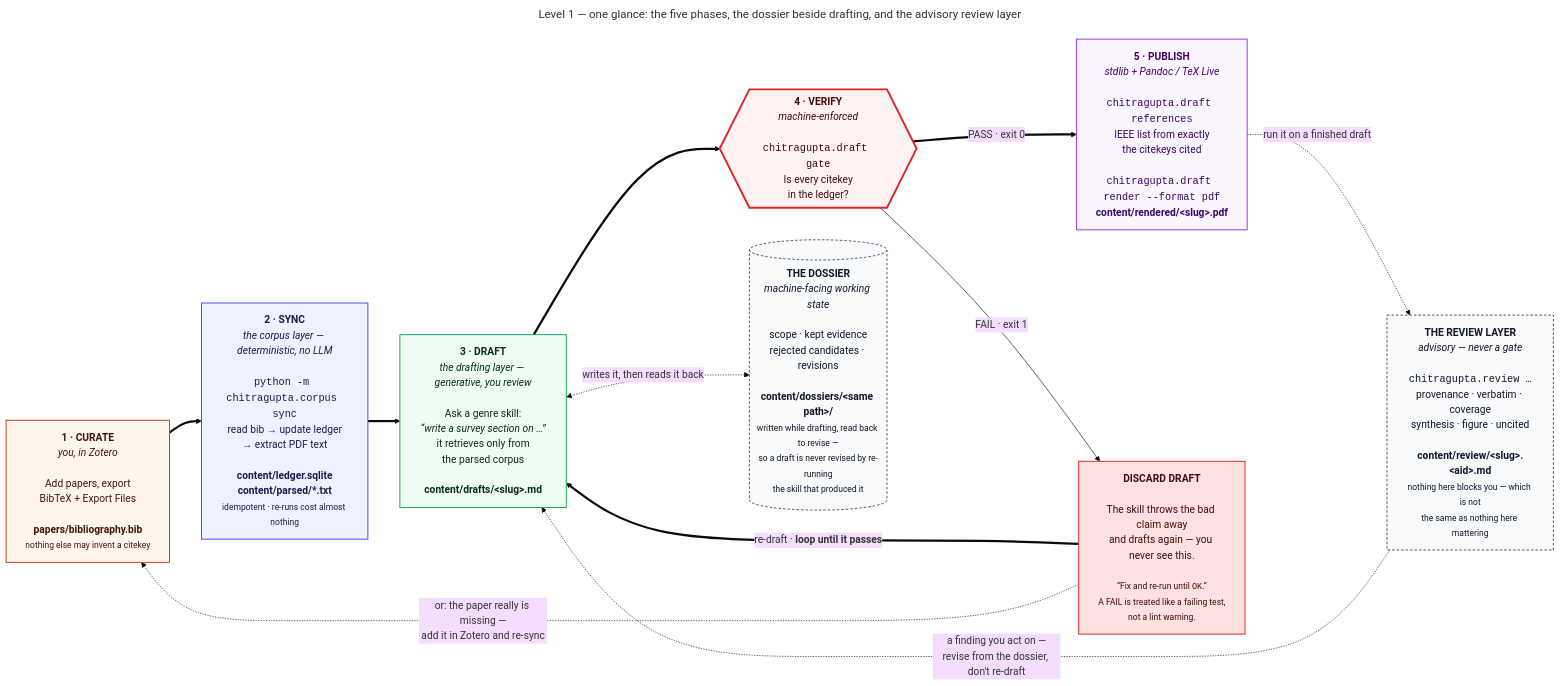
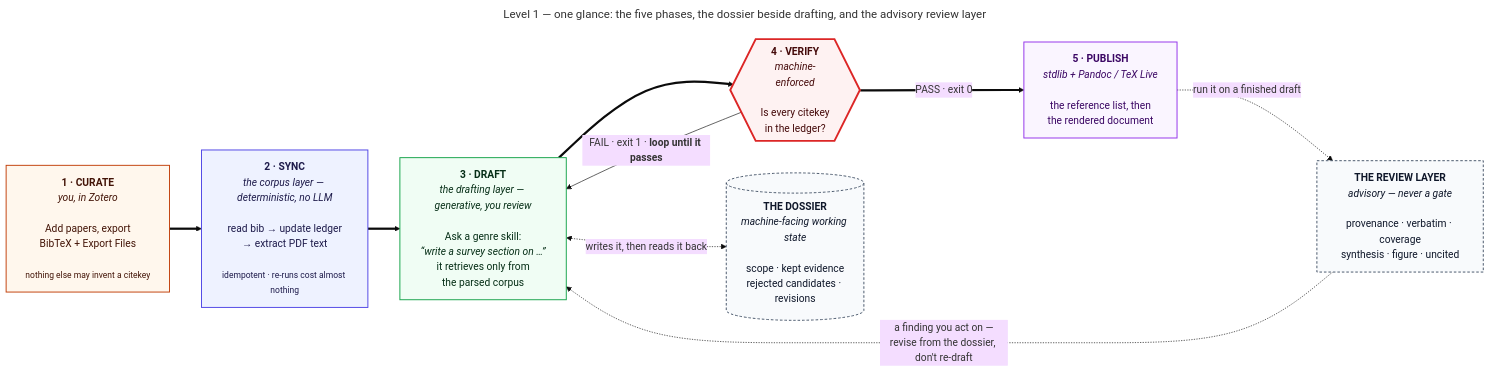
Before and after one commit to prasadtalasila/chitragupta: the diagram in docs/diagrams/v1-overview.mmd, drawn with Mermaid (base theme). The commit also changed 2 other files, not shown here.

```diff
--- a/docs/diagrams/v1-overview.mmd
+++ b/docs/diagrams/v1-overview.mmd
@@ -1,47 +1,41 @@
 ---
 title: "Level 1 — one glance: the five phases, the dossier beside drafting, and the advisory review layer"
 ---
 flowchart LR
 
-  P0["<b>1 · CURATE</b><br/><i>you, in Zotero</i><br/><br/>Add papers, export<br/>BibTeX + Export Files<br/><br/><b>papers/bibliography.bib</b><br/><small>nothing else may invent a citekey</small>"]
+  P0["<b>1 · CURATE</b><br/><i>you, in Zotero</i><br/><br/>Add papers, export<br/>BibTeX + Export Files<br/><br/><small>nothing else may invent a citekey</small>"]
 
-  P1["<b>2 · SYNC</b><br/><i>the corpus layer — deterministic, no LLM</i><br/><br/><code>python -m chitragupta.corpus sync</code><br/>read bib → update ledger<br/>→ extract PDF text<br/><br/><b>content/ledger.sqlite</b><br/><b>content/parsed/*.txt</b><br/><small>idempotent · re-runs cost almost nothing</small>"]
+  P1["<b>2 · SYNC</b><br/><i>the corpus layer — deterministic, no LLM</i><br/><br/>read bib → update ledger<br/>→ extract PDF text<br/><br/><small>idempotent · re-runs cost almost nothing</small>"]
 
-  P2["<b>3 · DRAFT</b><br/><i>the drafting layer — generative, you review</i><br/><br/>Ask a genre skill:<br/><i>“write a survey section on …”</i><br/>it retrieves only from<br/>the parsed corpus<br/><br/><b>content/drafts/&lt;slug&gt;.md</b>"]
+  P2["<b>3 · DRAFT</b><br/><i>the drafting layer — generative, you review</i><br/><br/>Ask a genre skill:<br/><i>“write a survey section on …”</i><br/>it retrieves only from<br/>the parsed corpus"]
 
-  P3{{"<b>4 · VERIFY</b><br/><i>machine-enforced</i><br/><br/><code>chitragupta.draft gate</code><br/>Is every citekey<br/>in the ledger?"}}
+  P3{{"<b>4 · VERIFY</b><br/><i>machine-<br/>enforced</i><br/><br/>Is every citekey<br/>in the ledger?"}}
 
-  P4["<b>5 · PUBLISH</b><br/><i>stdlib + Pandoc / TeX Live</i><br/><br/><code>chitragupta.draft references</code><br/>IEEE list from exactly<br/>the citekeys cited<br/><br/><code>chitragupta.draft render --format pdf</code><br/><b>content/rendered/&lt;slug&gt;.pdf</b>"]
+  P4["<b>5 · PUBLISH</b><br/><i>stdlib + Pandoc / TeX Live</i><br/><br/>the reference list, then<br/>the rendered document"]
 
-  FIX["<b>DISCARD DRAFT</b><br/><br/>The skill throws the bad claim away<br/>and drafts again — you never see this.<br/><br/><small>“Fix and re-run until <code>OK</code>.”<br/>A FAIL is treated like a failing test,<br/>not a lint warning.</small>"]
+  DOSS[("<b>THE DOSSIER</b><br/><i>machine-facing working state</i><br/><br/>scope · kept evidence<br/>rejected candidates · revisions")]
 
-  DOSS[("<b>THE DOSSIER</b><br/><i>machine-facing working state</i><br/><br/>scope · kept evidence<br/>rejected candidates · revisions<br/><br/><b>content/dossiers/&lt;same path&gt;/</b><br/><small>written while drafting, read back to revise —<br/>so a draft is never revised by re-running<br/>the skill that produced it</small>")]
-
-  REV["<b>THE REVIEW LAYER</b><br/><i>advisory — never a gate</i><br/><br/><code>chitragupta.review …</code><br/>provenance · verbatim · coverage<br/>synthesis · figure · uncited<br/><br/><b>content/review/&lt;slug&gt;.&lt;aid&gt;.md</b><br/><small>nothing here blocks you — which is not<br/>the same as nothing here mattering</small>"]
+  REV["<b>THE REVIEW LAYER</b><br/><i>advisory — never a gate</i><br/><br/>provenance · verbatim · coverage<br/>synthesis · figure · uncited"]
 
   P0 ==> P1 ==> P2 ==> P3
   P3 == "PASS · exit 0" ==> P4
-  P3 -- "FAIL · exit 1" --> FIX
-  FIX == "re-draft · <b>loop until it passes</b>" ==> P2
-  FIX -. "or: the paper really is missing —<br/>add it in Zotero and re-sync" .-> P0
+  P3 -- "FAIL · exit 1 · <b>loop until it passes</b>" --> P2
 
   P2 <-. "writes it, then reads it back" .-> DOSS
   P4 -. "run it on a finished draft" .-> REV
   REV -. "a finding you act on —<br/>revise from the dossier, don't re-draft" .-> P2
 
   classDef you fill:#fff7ed,stroke:#c2410c,stroke-width:1.5px,color:#431407
   classDef det fill:#eef2ff,stroke:#4f46e5,stroke-width:1.5px,color:#1e1b4b
   classDef gen fill:#f0fdf4,stroke:#16a34a,stroke-width:1.5px,color:#052e16
   classDef gate fill:#fef2f2,stroke:#dc2626,stroke-width:3px,color:#450a0a
   classDef out fill:#faf5ff,stroke:#9333ea,stroke-width:1.5px,color:#3b0764
-  classDef bad fill:#fee2e2,stroke:#dc2626,stroke-width:1.5px,color:#450a0a
   classDef side fill:#f8fafc,stroke:#475569,stroke-width:1.5px,stroke-dasharray:4 3,color:#0f172a
 
   class P0 you
   class P1 det
   class P2 gen
   class P3 gate
   class P4 out
-  class FIX bad
   class DOSS side
   class REV side
```
